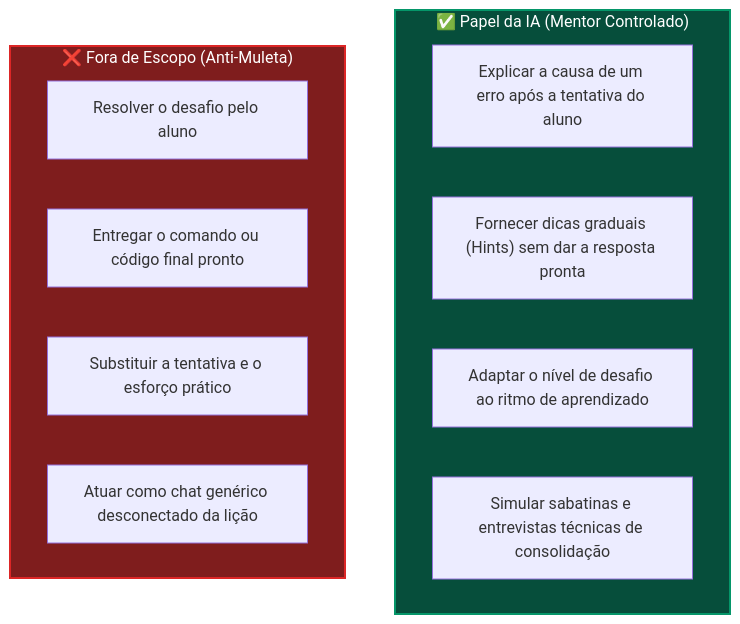
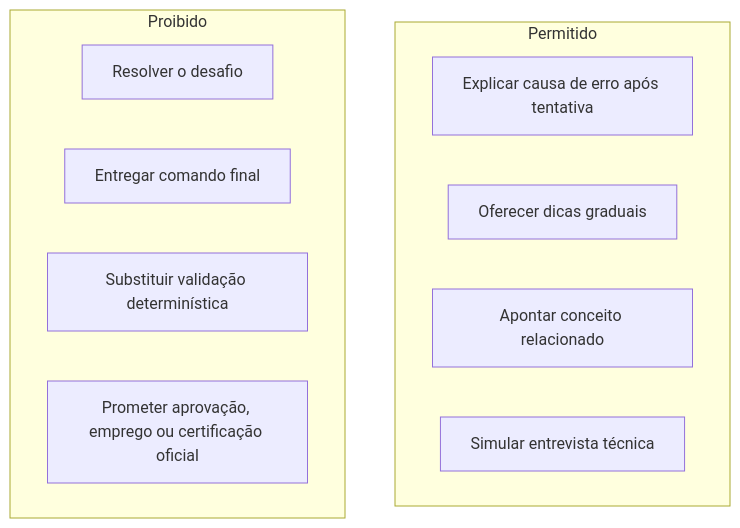
One commit to reinaldogramachof-hash/RootScoll changed the second of 4 diagrams in docs/operations/visual-operational-brain.md. Above: the diagram before and after it, drawn with Mermaid. The commit also changed other lines of this file and 15 other files, not shown here.

````diff
--- a/docs/operations/visual-operational-brain.md
+++ b/docs/operations/visual-operational-brain.md
@@ -47,19 +44,16 @@
 ```mermaid
 flowchart TD
-    subgraph PERMITIDO["✅ Papel da IA (Mentor Controlado)"]
-        P1["Explicar a causa de um erro após a tentativa do aluno"]
-        P2["Fornecer dicas graduais (Hints) sem dar a resposta pronta"]
-        P3["Adaptar o nível de desafio ao ritmo de aprendizado"]
-        P4["Simular sabatinas e entrevistas técnicas de consolidação"]
+    subgraph PERMITIDO["Permitido"]
+        P1["Explicar causa de erro após tentativa"]
+        P2["Oferecer dicas graduais"]
+        P3["Apontar conceito relacionado"]
+        P4["Simular entrevista técnica"]
     end
 
-    subgraph PROIBIDO["❌ Fora de Escopo (Anti-Muleta)"]
-        X1["Resolver o desafio pelo aluno"]
-        X2["Entregar o comando ou código final pronto"]
-        X3["Substituir a tentativa e o esforço prático"]
-        X4["Atuar como chat genérico desconectado da lição"]
+    subgraph PROIBIDO["Proibido"]
+        X1["Resolver o desafio"]
+        X2["Entregar comando final"]
+        X3["Substituir validação determinística"]
+        X4["Prometer aprovação, emprego ou certificação oficial"]
     end
-
-    style PERMITIDO fill:#064e3b,stroke:#059669,stroke-width:2px,color:#fff
-    style PROIBIDO fill:#7f1d1d,stroke:#dc2626,stroke-width:2px,color:#fff
 ```
````
